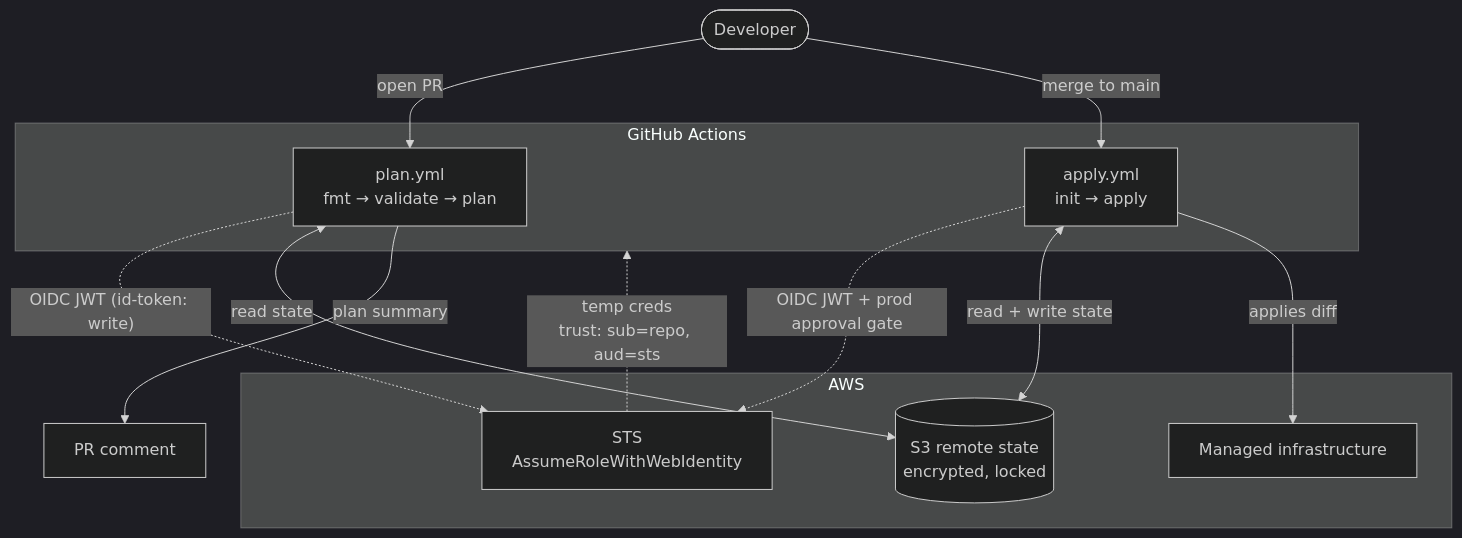
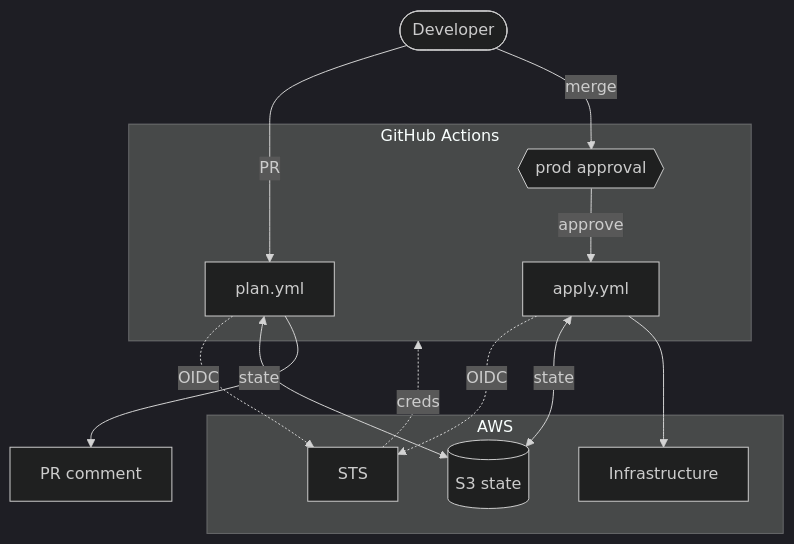
The diagram in README.md (melvillewong/iac-cicd), drawn with Mermaid (dark theme) before and after one commit. The commit also changed other lines of this file, not shown here.

Commit message:
docs: polish README, minimal mermaid flow, trim bold
- title: drop iac-cicd prefix
- repo layout: # comments
- tagline as blockquote
- drop emphasis bold (keep label terms)
- mermaid: bare flow + prod approval gate node

````diff
--- a/README.md
+++ b/README.md
@@ -15,30 +15,32 @@
 ```mermaid
 flowchart TD
     dev([Developer])
 
     subgraph gh["GitHub Actions"]
-        plan["plan.yml<br/>fmt → validate → plan"]
-        apply["apply.yml<br/>init → apply"]
+        plan["plan.yml"]
+        gate{{"prod approval"}}
+        apply["apply.yml"]
     end
 
     subgraph aws["AWS"]
-        sts["STS<br/>AssumeRoleWithWebIdentity"]
-        s3[("S3 remote state<br/>encrypted, locked")]
-        infra["Managed infrastructure"]
+        sts["STS"]
+        s3[("S3 state")]
+        infra["Infrastructure"]
     end
 
-    comment["PR comment"]
+    cmt["PR comment"]
 
-    dev -->|open PR| plan
-    dev -->|merge to main| apply
+    dev -->|PR| plan
+    dev -->|merge| gate
+    gate -->|approve| apply
 
-    plan -.->|"OIDC JWT (id-token: write)"| sts
-    apply -.->|"OIDC JWT + prod approval gate"| sts
-    sts -.->|"temp creds<br/>trust: sub=repo, aud=sts"| gh
+    plan -.->|OIDC| sts
+    apply -.->|OIDC| sts
+    sts -.->|creds| gh
 
-    plan <-->|read state| s3
-    apply <-->|read + write state| s3
+    plan <-->|state| s3
+    apply <-->|state| s3
 
-    plan -->|plan summary| comment
-    apply -->|applies diff| infra
+    plan --> cmt
+    apply --> infra
 ```
````
